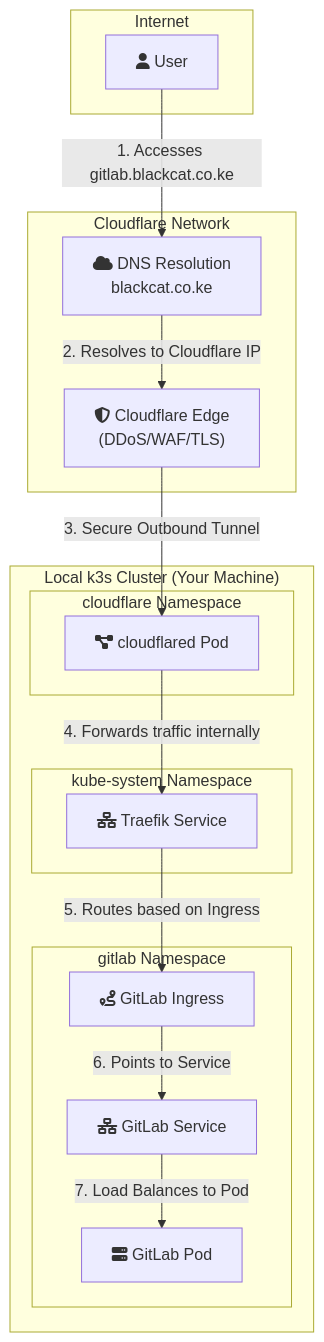
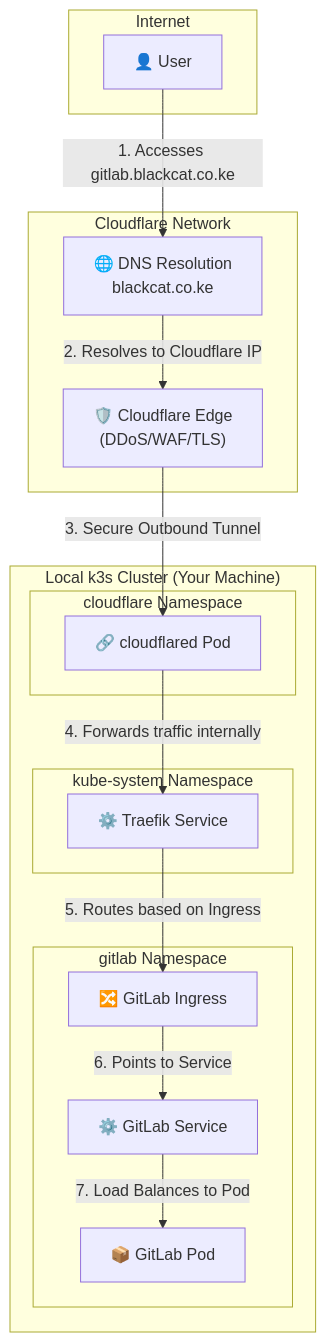
The diagram in README.md (m0th3rch1p/gitlab.blackcat), drawn with Mermaid before and after one commit.

Commit message:
fix broken icons

````diff
--- a/README.md
+++ b/README.md
@@ -41,33 +41,33 @@
 ```mermaid
 graph TD
     subgraph Internet
-        User["fa:fa-user User"]
+        User["👤 User"]
     end
 
     subgraph "Cloudflare Network"
-        DNS["fa:fa-cloud DNS Resolution<br>blackcat.co.ke"]
-        Edge["fa:fa-shield-alt Cloudflare Edge<br>(DDoS/WAF/TLS)"]
+        DNS["🌐 DNS Resolution<br>blackcat.co.ke"]
+        Edge["🛡️ Cloudflare Edge<br>(DDoS/WAF/TLS)"]
     end
 
     subgraph "Local k3s Cluster (Your Machine)"
         subgraph "cloudflare Namespace"
-            Tunnel["fa:fa-project-diagram cloudflared Pod"]
+            Tunnel["🔗 cloudflared Pod"]
         end
         subgraph "kube-system Namespace"
-            TraefikSvc["fa:fa-network-wired Traefik Service"]
+            TraefikSvc["⚙️ Traefik Service"]
         end
         subgraph "gitlab Namespace"
-            GitLabIngress["fa:fa-route GitLab Ingress"]
-            GitLabSvc["fa:fa-network-wired GitLab Service"]
-            GitLabPod["fa:fa-server GitLab Pod"]
+            GitLabIngress["🔀 GitLab Ingress"]
+            GitLabSvc["⚙️ GitLab Service"]
+            GitLabPod["📦 GitLab Pod"]
         end
     end
 
     User -- "1. Accesses gitlab.blackcat.co.ke" --> DNS
     DNS -- "2. Resolves to Cloudflare IP" --> Edge
     Edge -- "3. Secure Outbound Tunnel" --> Tunnel
     Tunnel -- "4. Forwards traffic internally" --> TraefikSvc
     TraefikSvc -- "5. Routes based on Ingress" --> GitLabIngress
     GitLabIngress -- "6. Points to Service" --> GitLabSvc
     GitLabSvc -- "7. Load Balances to Pod" --> GitLabPod
 ```
````
